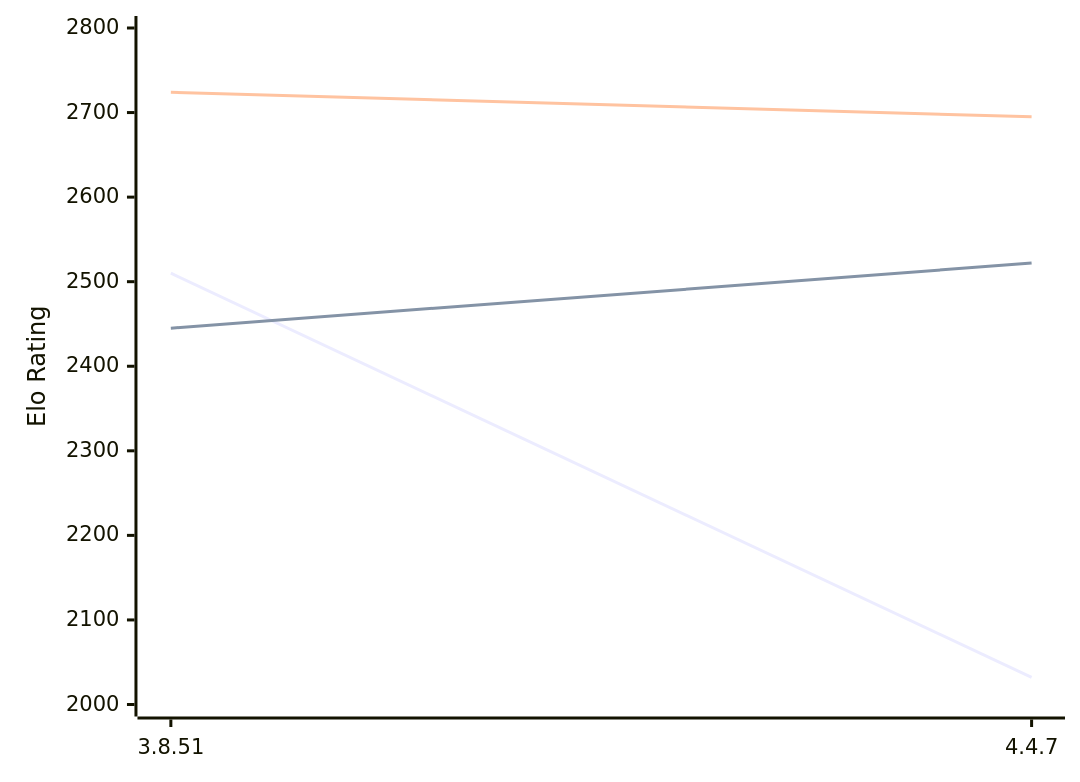
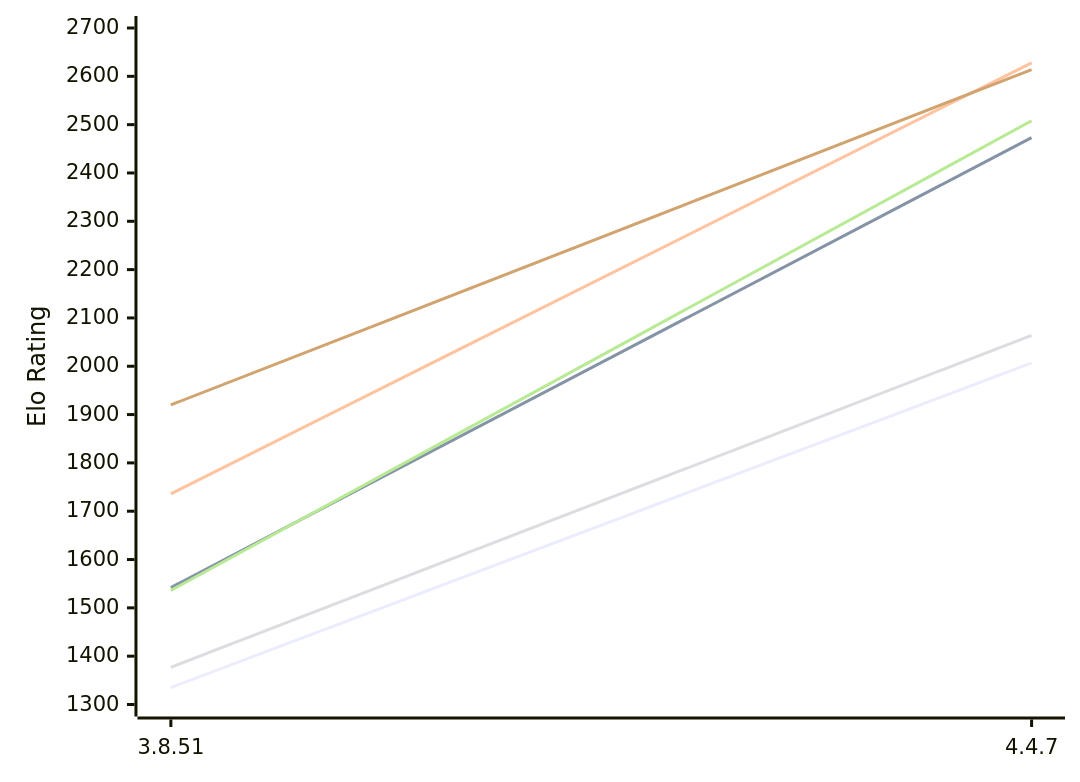
One commit to computer-chess-index/cci changed the first of 2 diagrams in engines/Scoria.md. Above: the diagram before and after it, drawn with Mermaid. The commit also changed other lines of this file, not shown here.

Commit message:
Update CCI Ratings (ELO VLTC) - 2026-11-13

````diff
--- a/engines/Scoria.md
+++ b/engines/Scoria.md
@@ -50,12 +50,12 @@
 ```mermaid
 %%{init: {"theme":"base","themeVariables":{"seriesColors:['#a3a3a3','#222221','#faa371']}}}%%
 xychart-beta
   x-axis ["3.8.51", "4.4.7"]
-  y-axis "Elo Rating" 2000 --> 2800
-  line "E1: STC (8.0+0.08s)" [2510, 2032]
-  line "E1: LTC (60.0+0.60s)" [2445, 2522]
-  line "E1: VLTC (2m24s+1.12s)" [2724, 2695]
-  line "P1: STC (8.0+0.08s)" [2168]
-  line "P1: LTC (60.0+0.60s)" [2666]
-  line "P1: VLTC (2m24s+1.12s)" [2773]
+  y-axis "Elo Rating" 1300 --> 2700
+  line "E1: STC (8.0+0.08s)" [1335, 2007]
+  line "E1: LTC (60.0+0.60s)" [1542, 2473]
+  line "E1: VLTC (2m24s+1.12s)" [1736, 2628]
+  line "P1: STC (8.0+0.08s)" [1377, 2064]
+  line "P1: LTC (60.0+0.60s)" [1536, 2508]
+  line "P1: VLTC (2m24s+1.12s)" [1920, 2614]
 ```
````
